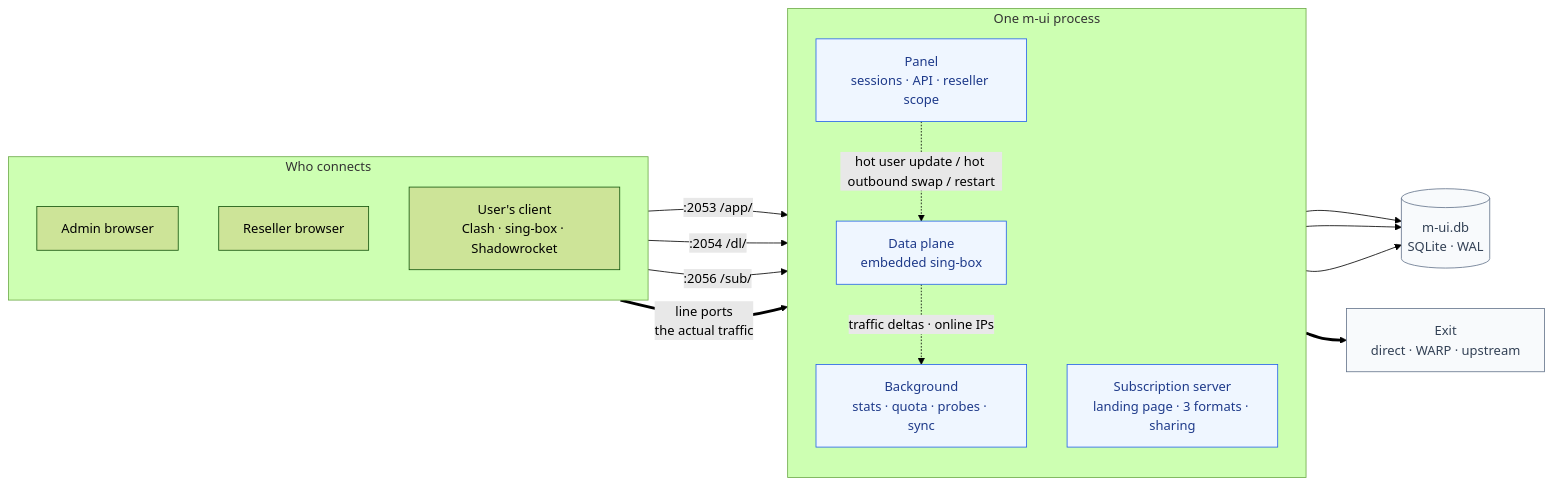
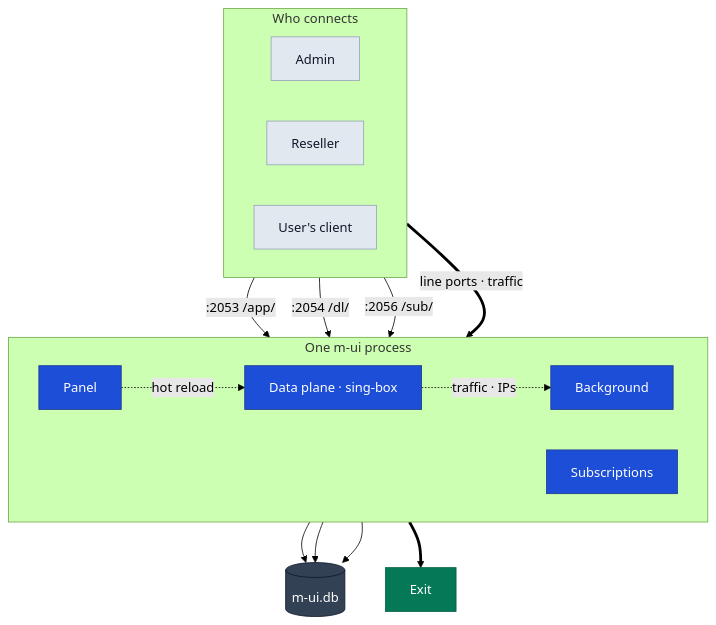
Before and after one commit to Maoyangui/m-ui: the first of 5 diagrams in README.en.md, drawn with Mermaid (forest theme). The commit also changed other lines of this file and 1 other file, not shown here.

Commit message:
README 架构图重画:五张图在 GitHub 上原来有两张会被压到 67% 和 82%,文字跟着缩小到看不清 —— 图一从三列横排改成分层,图二把干跑用的解析器和运行中的数据面合成一个 sing-box(本来就是同一个),现在五张全部在正文宽度内按原尺寸渲染。配色改成每个节点都显式给底色与字色(深底白字、浅底近黑字),不再依赖主题默认值,GitHub 明暗两种主题下都够对比;去掉顺序图里那块近白色的 rect,它在深色模式下就是白底白字。内容一并更新:副机报告里加上上游巡检结果,数据模型标出分配可细到某台服务器、代理有用户数上限,后台节奏补上每小时清理日志与按设置巡检上游

````diff
--- a/README.en.md
+++ b/README.en.md
@@ -79,33 +79,38 @@
 ```mermaid
-flowchart LR
+flowchart TB
   subgraph WHO["Who connects"]
-    direction TB
-    ADM["Admin browser"]
-    DLR["Reseller browser"]
-    APP["User's client<br/>Clash · sing-box · Shadowrocket"]
+    direction LR
+    ADM["Admin"]
+    DLR["Reseller"]
+    APP["User's client"]
   end
 
   subgraph PROC["One m-ui process"]
-    direction TB
-    WEB["Panel<br/>sessions · API · reseller scope"]
-    SUB["Subscription server<br/>landing page · 3 formats · sharing"]
-    CORE["Data plane<br/>embedded sing-box"]
-    BG["Background<br/>stats · quota · probes · sync"]
+    direction LR
+    WEB["Panel"]
+    SUB["Subscriptions"]
+    CORE["Data plane · sing-box"]
+    BG["Background"]
   end
 
   ADM -->|":2053 /app/"| WEB
   DLR -->|":2054 /dl/"| WEB
   APP -->|":2056 /sub/"| SUB
-  APP ==>|"line ports<br/>the actual traffic"| CORE
-  WEB -.->|"hot user update / hot outbound swap / restart"| CORE
-  CORE -.->|"traffic deltas · online IPs"| BG
-  WEB --> DB[("m-ui.db<br/>SQLite · WAL")]
+  APP ==>|"line ports · traffic"| CORE
+  WEB -.->|"hot reload"| CORE
+  CORE -.->|"traffic · IPs"| BG
+  WEB --> DB[("m-ui.db")]
   SUB --> DB
   BG --> DB
-  CORE ==> OUT["Exit<br/>direct · WARP · upstream"]
+  CORE ==> OUT["Exit"]
 
-  classDef box fill:#eff6ff,stroke:#2563eb,color:#1e3a8a
-  classDef store fill:#f8fafc,stroke:#64748b,color:#334155
-  class WEB,SUB,CORE,BG box
-  class DB,OUT store
+  classDef svc fill:#1d4ed8,stroke:#1e3a8a,color:#ffffff,stroke-width:1px
+  classDef who fill:#e2e8f0,stroke:#94a3b8,color:#0f172a,stroke-width:1px
+  classDef data fill:#334155,stroke:#0f172a,color:#ffffff,stroke-width:1px
+  classDef exit fill:#047857,stroke:#065f46,color:#ffffff,stroke-width:1px
+  classDef warn fill:#b91c1c,stroke:#7f1d1d,color:#ffffff,stroke-width:1px
+  class ADM,DLR,APP who
+  class WEB,SUB,CORE,BG svc
+  class DB data
+  class OUT exit
 ```
````
